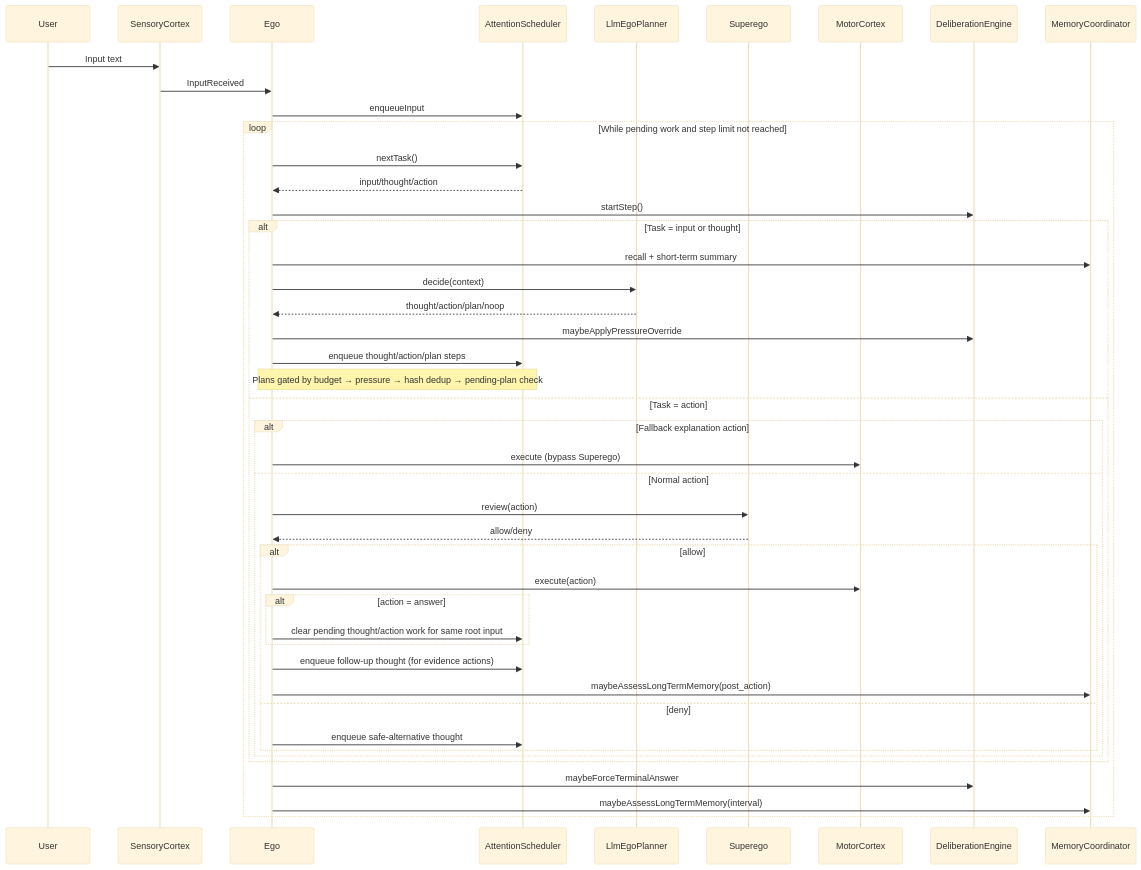
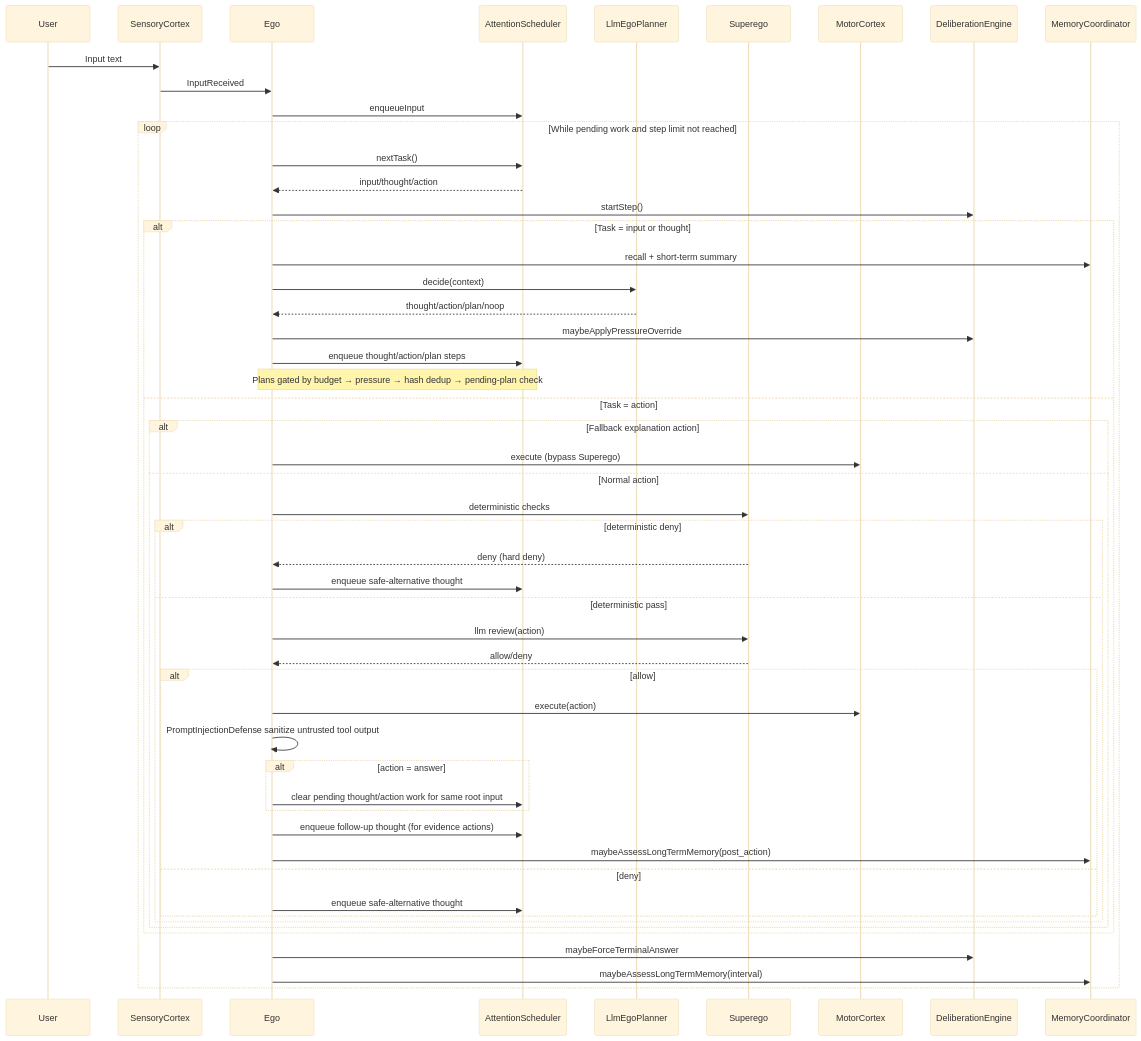
Before and after one commit to neopsyke/NeoPsyke: the second of 3 diagrams in AGENT_LOGIC_DIAGRAM.md, drawn with Mermaid (base theme). The commit also changed other lines of this file and 11 other files, not shown here.

Commit message:
Add security improvements, including deterministic checks to Superego plus prompt injection protection everywhere

````diff
--- a/AGENT_LOGIC_DIAGRAM.md
+++ b/AGENT_LOGIC_DIAGRAM.md
@@ -37,51 +41,58 @@
 ```mermaid
 sequenceDiagram
     participant User
     participant SC as SensoryCortex
     participant Ego
     participant Sched as AttentionScheduler
     participant Planner as LlmEgoPlanner
     participant Sup as Superego
     participant Motor as MotorCortex
     participant Delib as DeliberationEngine
     participant Mem as MemoryCoordinator
 
     User->>SC: Input text
     SC->>Ego: InputReceived
     Ego->>Sched: enqueueInput
 
     loop While pending work and step limit not reached
         Ego->>Sched: nextTask()
         Sched-->>Ego: input/thought/action
         Ego->>Delib: startStep()
 
         alt Task = input or thought
             Ego->>Mem: recall + short-term summary
             Ego->>Planner: decide(context)
             Planner-->>Ego: thought/action/plan/noop
             Ego->>Delib: maybeApplyPressureOverride
             Ego->>Sched: enqueue thought/action/plan steps
             Note over Ego,Sched: Plans gated by budget → pressure → hash dedup → pending-plan check
         else Task = action
             alt Fallback explanation action
                 Ego->>Motor: execute (bypass Superego)
             else Normal action
-                Ego->>Sup: review(action)
-                Sup-->>Ego: allow/deny
-                alt allow
-                    Ego->>Motor: execute(action)
-                    alt action = answer
-                        Ego->>Sched: clear pending thought/action work for same root input
+                Ego->>Sup: deterministic checks
+                alt deterministic deny
+                    Sup-->>Ego: deny (hard deny)
+                    Ego->>Sched: enqueue safe-alternative thought
+                else deterministic pass
+                    Ego->>Sup: llm review(action)
+                    Sup-->>Ego: allow/deny
+                    alt allow
+                        Ego->>Motor: execute(action)
+                        Ego->>Ego: PromptInjectionDefense sanitize untrusted tool output
+                        alt action = answer
+                            Ego->>Sched: clear pending thought/action work for same root input
+                        end
+                        Ego->>Sched: enqueue follow-up thought (for evidence actions)
+                        Ego->>Mem: maybeAssessLongTermMemory(post_action)
+                    else deny
+                        Ego->>Sched: enqueue safe-alternative thought
                     end
-                    Ego->>Sched: enqueue follow-up thought (for evidence actions)
-                    Ego->>Mem: maybeAssessLongTermMemory(post_action)
-                else deny
-                    Ego->>Sched: enqueue safe-alternative thought
                 end
             end
         end
 
         Ego->>Delib: maybeForceTerminalAnswer
         Ego->>Mem: maybeAssessLongTermMemory(interval)
     end
 ```
````
